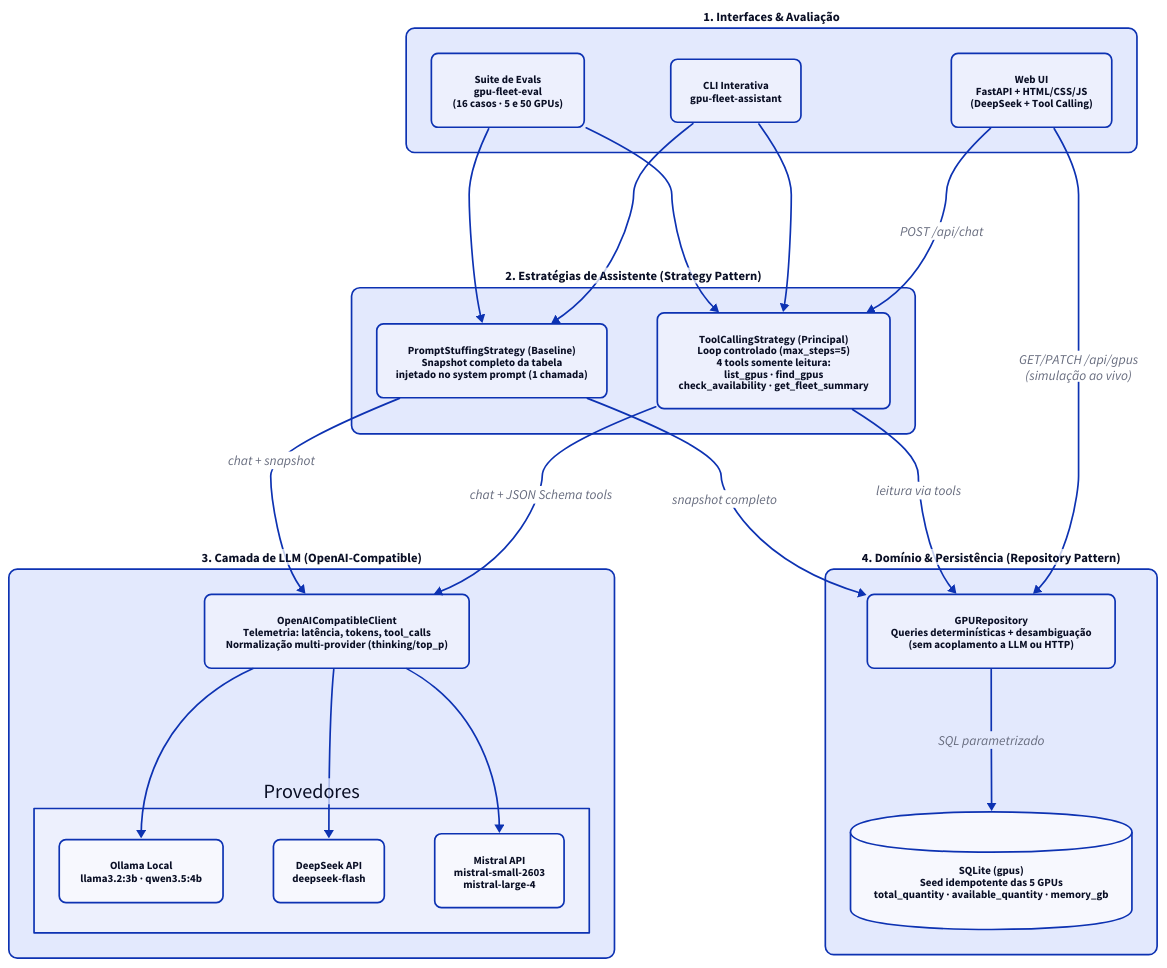
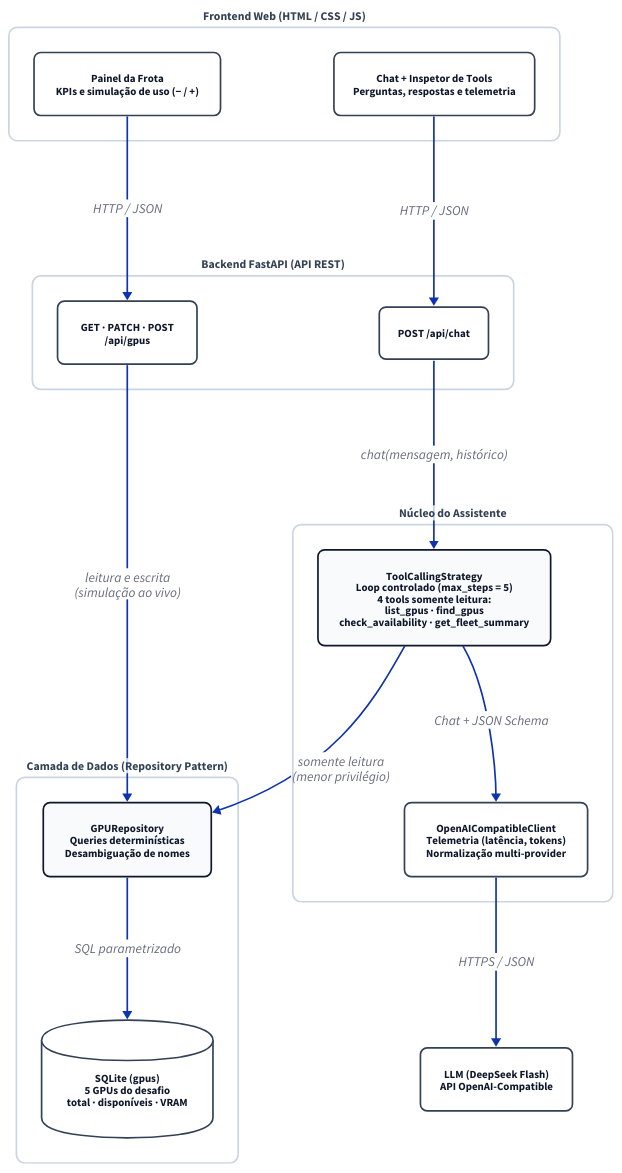
One commit to lucastslv/gpu-fleet-assistant changed the diagram in docs/diagrams/architecture.d2. Above: the diagram before and after it, drawn with D2. The commit also changed 4 other files, not shown here.

Commit message:
docs: split architecture into component and sequence d2 diagrams

```diff
--- a/docs/diagrams/architecture.d2
+++ b/docs/diagrams/architecture.d2
@@ -1,76 +1,88 @@
 direction: down
 
+vars: {
+  d2-config: {
+    theme-id: 0
+  }
+}
+
 classes: {
-  layer: {
+  box: {
     style: {
-      border-radius: 10
+      fill: "#ffffff"
+      stroke: "#334155"
       stroke-width: 2
-      font-size: 15
+      border-radius: 8
+      font-size: 13
+      font-color: "#0f172a"
+    }
+  }
+  highlight: {
+    style: {
+      fill: "#f8fafc"
+      stroke: "#0f172a"
+      stroke-width: 2
+      border-radius: 8
+      font-size: 13
+      font-color: "#0f172a"
       bold: true
     }
   }
-  node: {
+  group: {
     style: {
-      border-radius: 8
-      font-size: 13
-    }
-  }
-  primary: {
-    style: {
-      border-radius: 8
+      fill: "#ffffff"
+      stroke: "#cbd5e1"
       stroke-width: 2
-      font-size: 13
+      border-radius: 10
+      font-size: 14
+      font-color: "#334155"
       bold: true
     }
   }
 }
 
-interfaces: "1. Interfaces & Avaliação" {
-  class: layer
-  web: "Web UI\nFastAPI + HTML/CSS/JS\n(DeepSeek + Tool Calling)" { class: primary }
-  cli: "CLI Interativa\ngpu-fleet-assistant" { class: node }
-  evals: "Suite de Evals\ngpu-fleet-eval\n(16 casos · 5 e 50 GPUs)" { class: node }
+frontend: "Frontend Web (HTML / CSS / JS)" {
+  class: group
+  direction: right
+  chat_ui: "Chat + Inspetor de Tools\nPerguntas, respostas e telemetria" { class: box }
+  fleet_ui: "Painel da Frota\nKPIs e simulação de uso (− / +)" { class: box }
 }
 
-strategies: "2. Estratégias de Assistente (Strategy Pattern)" {
-  class: layer
-  tool_calling: "ToolCallingStrategy (Principal)\nLoop controlado (max_steps=5)\n4 tools somente leitura:\nlist_gpus · find_gpus\ncheck_availability · get_fleet_summary" { class: primary }
-  prompt_stuffing: "PromptStuffingStrategy (Baseline)\nSnapshot completo da tabela\ninjetado no system prompt (1 chamada)" { class: node }
+api: "Backend FastAPI (API REST)" {
+  class: group
+  direction: right
+  chat_ep: "POST /api/chat" { class: box }
+  fleet_ep: "GET · PATCH · POST\n/api/gpus" { class: box }
 }
 
-llm: "3. Camada de LLM (OpenAI-Compatible)" {
-  class: layer
-  client: "OpenAICompatibleClient\nTelemetria: latência, tokens, tool_calls\nNormalização multi-provider (thinking/top_p)" { class: primary }
-  providers: "Provedores" {
-    direction: right
-    ollama: "Ollama Local\nllama3.2:3b · qwen3.5:4b" { class: node }
-    deepseek: "DeepSeek API\ndeepseek-flash" { class: primary }
-    mistral: "Mistral API\nmistral-small-2603\nmistral-large-4" { class: node }
-  }
-  client -> providers.ollama
-  client -> providers.deepseek
-  client -> providers.mistral
+core: "Núcleo do Assistente" {
+  class: group
+  direction: right
+  strategy: "ToolCallingStrategy\nLoop controlado (max_steps = 5)\n4 tools somente leitura:\nlist_gpus · find_gpus\ncheck_availability · get_fleet_summary" { class: highlight }
+  llm_client: "OpenAICompatibleClient\nTelemetria (latência, tokens)\nNormalização multi-provider" { class: box }
+  strategy -> llm_client: "Chat + JSON Schema"
 }
 
-data: "4. Domínio & Persistência (Repository Pattern)" {
-  class: layer
-  repo: "GPURepository\nQueries determinísticas + desambiguação\n(sem acoplamento a LLM ou HTTP)" { class: primary }
-  sqlite: "SQLite (gpus)\nSeed idempotente das 5 GPUs\ntotal_quantity · available_quantity · memory_gb" {
+data: "Camada de Dados (Repository Pattern)" {
+  class: group
+  direction: right
+  repo: "GPURepository\nQueries determinísticas\nDesambiguação de nomes" { class: highlight }
+  sqlite: "SQLite (gpus)\n5 GPUs do desafio\ntotal · disponíveis · VRAM" {
     shape: cylinder
-    class: node
+    class: box
   }
   repo -> sqlite: "SQL parametrizado"
 }
 
-interfaces.web -> strategies.tool_calling: "POST /api/chat"
-interfaces.web -> data.repo: "GET/PATCH /api/gpus\n(simulação ao vivo)"
-interfaces.cli -> strategies.tool_calling
-interfaces.cli -> strategies.prompt_stuffing
-interfaces.evals -> strategies.tool_calling
-interfaces.evals -> strategies.prompt_stuffing
+llm: "LLM (DeepSeek Flash)\nAPI OpenAI-Compatible" {
+  class: box
+}
 
-strategies.tool_calling -> llm.client: "chat + JSON Schema tools"
-strategies.prompt_stuffing -> llm.client: "chat + snapshot"
+frontend.chat_ui -> api.chat_ep: "HTTP / JSON"
+frontend.fleet_ui -> api.fleet_ep: "HTTP / JSON"
 
-strategies.tool_calling -> data.repo: "leitura via tools"
-strategies.prompt_stuffing -> data.repo: "snapshot completo"
+api.chat_ep -> core.strategy: "chat(mensagem, histórico)"
+api.fleet_ep -> data.repo: "leitura e escrita\n(simulação ao vivo)"
+
+core.strategy -> data.repo: "somente leitura\n(menor privilégio)"
+core.llm_client -> llm: "HTTPS / JSON"
```
